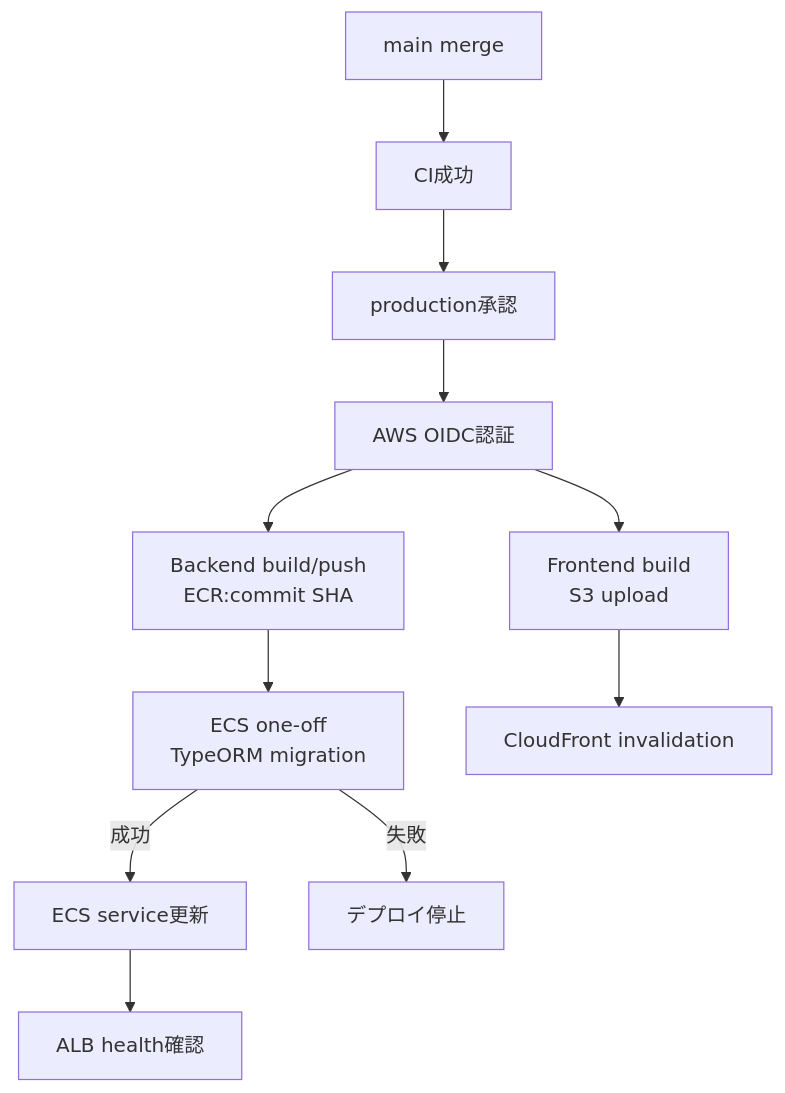
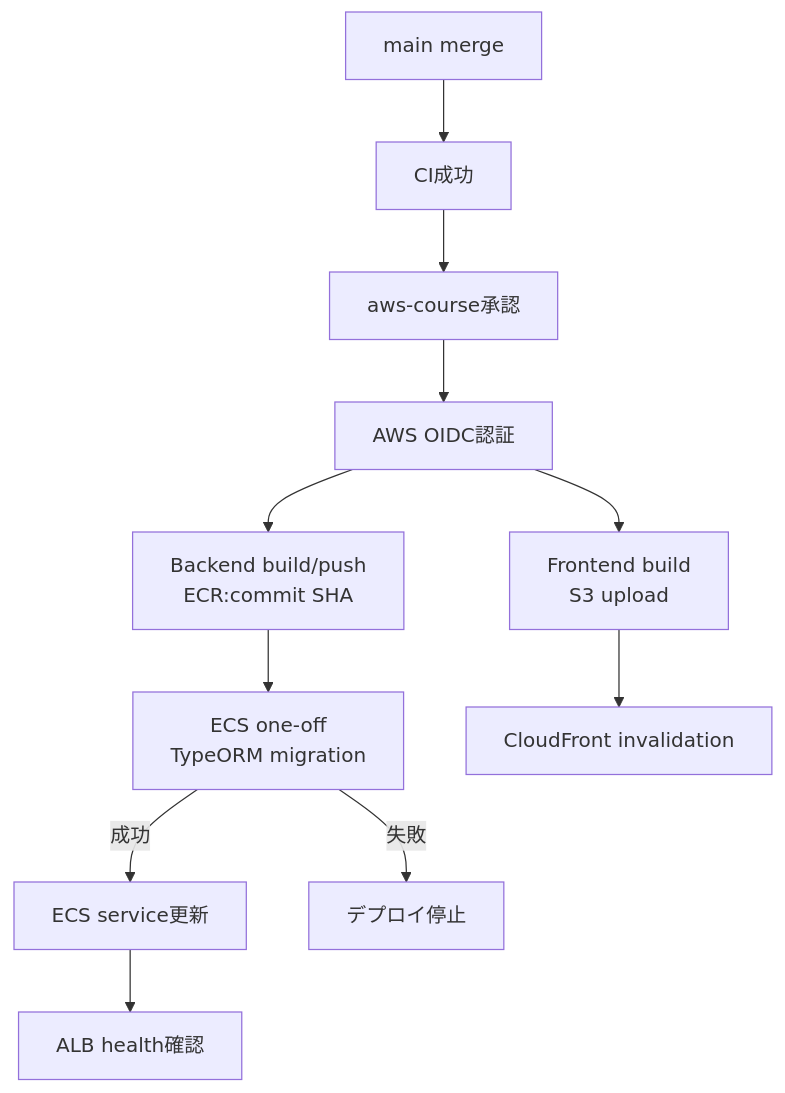
Before and after one commit to Hiroyuki-12/FieldFlow: the third of 3 diagrams in docs/design/ci-cd.md, drawn with Mermaid. The commit also changed other lines of this file and 24 other files, not shown here.

````diff
--- a/docs/design/ci-cd.md
+++ b/docs/design/ci-cd.md
@@ -64,13 +85,13 @@
 ```mermaid
 flowchart TD
     M[main merge] --> CI[CI成功]
-    CI --> A[production承認]
+    CI --> A[aws-course承認]
     A --> OIDC[AWS OIDC認証]
     OIDC --> IMG["Backend build/push<br/>ECR:commit SHA"]
     OIDC --> WEB["Frontend build<br/>S3 upload"]
     IMG --> MIG["ECS one-off<br/>TypeORM migration"]
     MIG -->|成功| ECS[ECS service更新]
     MIG -->|失敗| STOP[デプロイ停止]
     ECS --> HC[ALB health確認]
     WEB --> INV[CloudFront invalidation]
 ```
````
